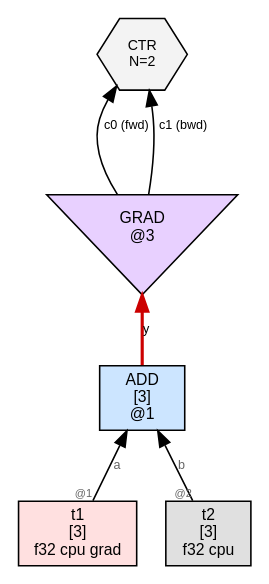
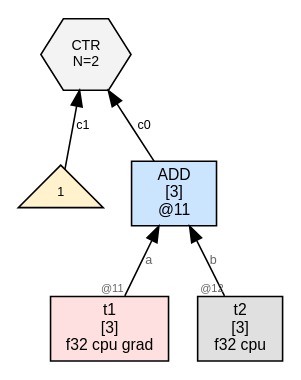
One commit to sw1sh/TinyHVM changed the diagram in wl/examples/thvm_graphs/grad_pair/thvm_2_post_sweep.dot. Above: the diagram before and after it, drawn with Graphviz. The commit also changed 12 other files, not shown here.

```diff
--- a/wl/examples/thvm_graphs/grad_pair/thvm_2_post_sweep.dot
+++ b/wl/examples/thvm_graphs/grad_pair/thvm_2_post_sweep.dot
@@ -1,16 +1,15 @@
 digraph G {
   rankdir=BT;
   node [fontname="Helvetica", fontsize=10, style=filled, shape=box, margin="0.1,0.05"];
   edge [fontsize=8, fontname="Helvetica"];
 
-  n1 [label="ADD\n[3]\n@1", shape=box, fillcolor="#cce5ff"];
+  n11 [label="ADD\n[3]\n@11", shape=box, fillcolor="#cce5ff"];
   t1 [label="t1\n[3]\nf32 cpu grad",shape=box,fillcolor="#ffe0e0"];
-  t1 -> n1 [label="a",taillabel="@1",labelfontsize=7,fontcolor="#666666"];
+  t1 -> n11 [label="a",taillabel="@11",labelfontsize=7,fontcolor="#666666"];
   t2 [label="t2\n[3]\nf32 cpu",shape=box,fillcolor="#e0e0e0"];
-  t2 -> n1 [label="b",taillabel="@2",labelfontsize=7,fontcolor="#666666"];
+  t2 -> n11 [label="b",taillabel="@12",labelfontsize=7,fontcolor="#666666"];
   ctr6 [label="CTR\nN=2", shape=hexagon, fillcolor="#f3f3f3", fontsize=9];
-  grad3 [label="GRAD\n@3", shape=invtriangle, fillcolor="#e8d0ff"];
-  n1 -> grad3 [label="y",color="#cc0000",penwidth=2.0];
-  grad3 -> ctr6 [label="c0 (fwd)"];
-  grad3 -> ctr6 [label="c1 (bwd)"];
+  n11 -> ctr6 [label="c0"];
+  num_ctr6_7 [label="1",shape=triangle,fillcolor="#fff2cc",fontsize=8];
+  num_ctr6_7 -> ctr6 [label="c1"];
 }
```
